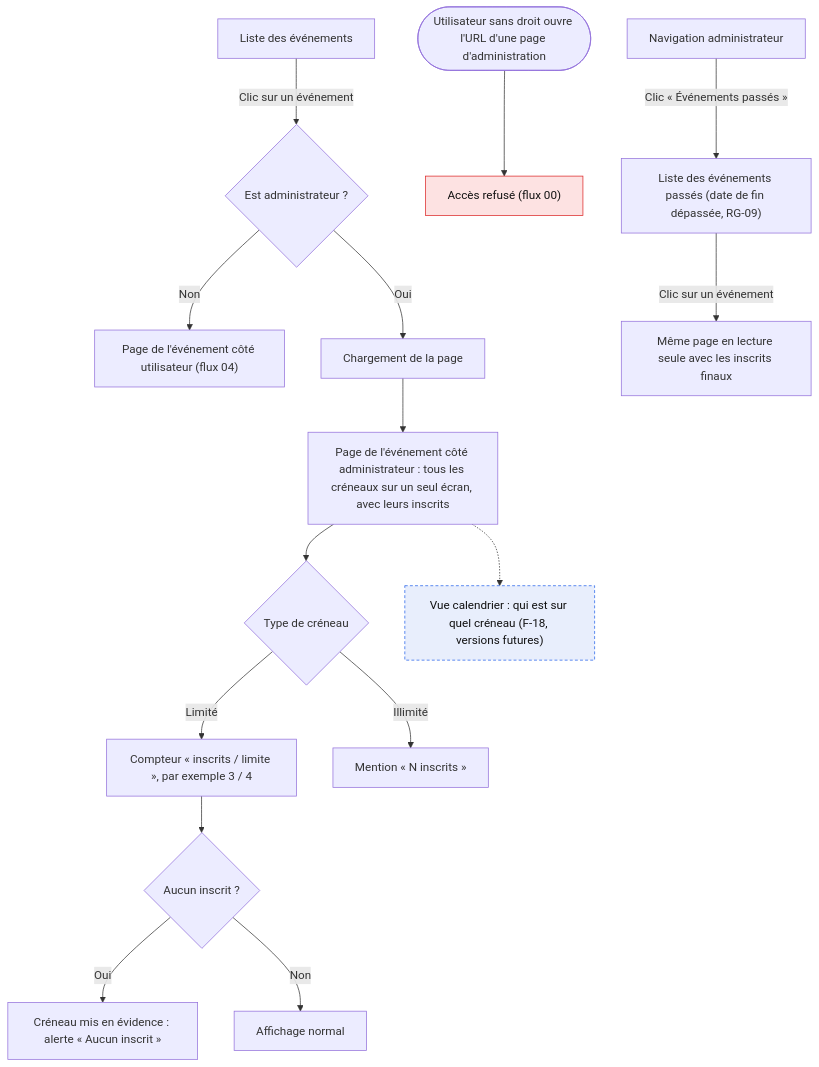
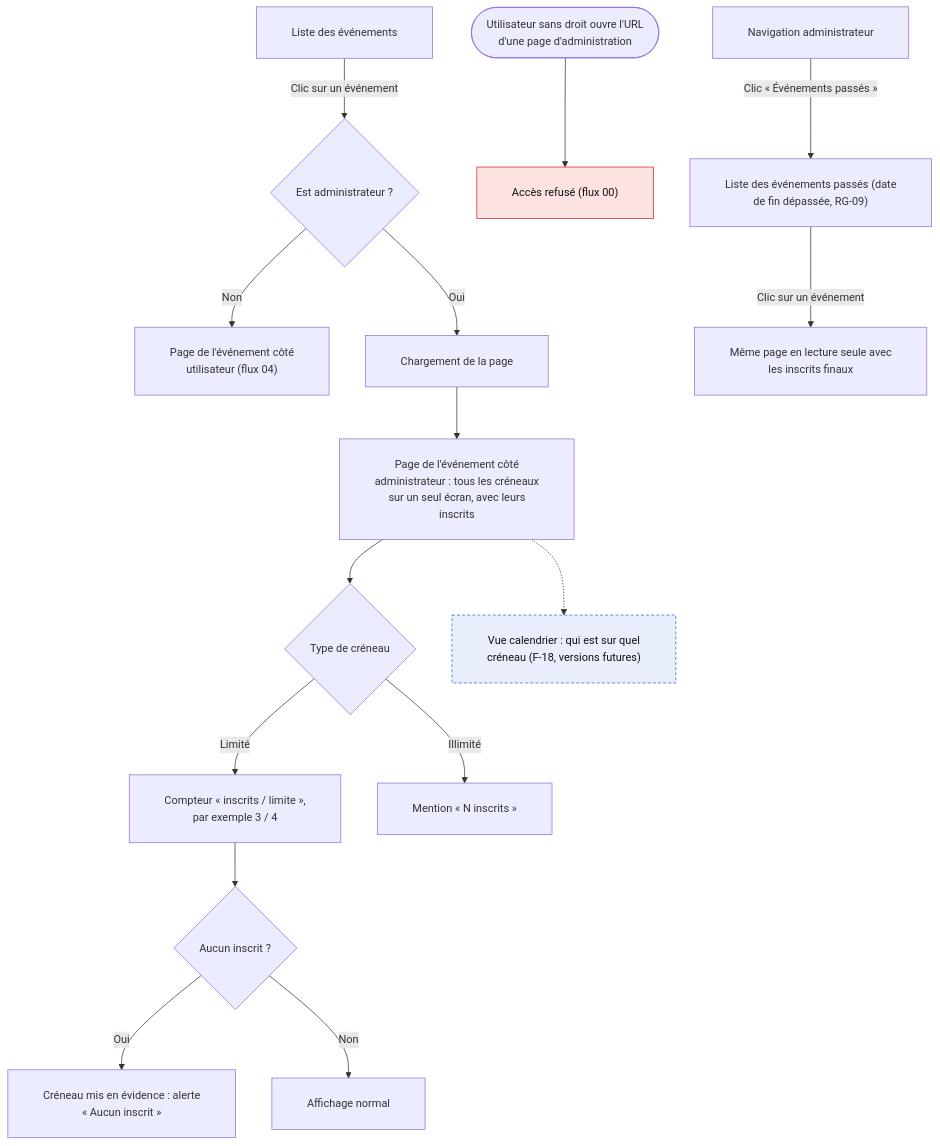
The diagram in docs/flows/06-admin-suivi-remplissage.mmd (nathanjouannon/Creno), drawn with Mermaid before and after one commit. The commit also changed 9 other files, not shown here.

```diff
--- a/docs/flows/06-admin-suivi-remplissage.mmd
+++ b/docs/flows/06-admin-suivi-remplissage.mmd
@@ -1,25 +1,26 @@
+%%{init: {"flowchart": {"htmlLabels": true, "wrappingWidth": 360, "padding": 24, "nodeSpacing": 50, "rankSpacing": 60, "curve": "basis"}, "themeVariables": {"fontSize": "15px"}}}%%
 %% Administrateur : suivi du remplissage et événements passés (F-09, F-03, RG-07, RG-09)
 %% La vue de remplissage est la page de l'événement côté administrateur (même écran). La vue calendrier (F-18) viendra plus tard.
 %% Légende : rectangle = écran, stade = action, losange = décision, rouge = erreur / refus, orange = à confirmer
 flowchart TD
     classDef error fill:#fde2e2,stroke:#dc2626,color:#111
     classDef future fill:#e8eefc,stroke:#2563eb,stroke-dasharray: 4 3,color:#111
 
-    L["Liste des événements"] -->|"Clic sur un événement"| W{"Est administrateur ?"}
-    W -->|"Non"| USR["Page de l'événement côté utilisateur (flux 04)"]
+    L["Liste des événements"] -->|"Clic sur un événement"| W{"Est administrateur ?"}
+    W -->|"Non"| USR["Page de l'événement côté<br/>utilisateur (flux 04)"]
     W -->|"Oui"| LOAD["Chargement de la page"]
-    LOAD --> VUE["Page de l'événement côté administrateur : tous les créneaux sur un seul écran, avec leurs inscrits"]
+    LOAD --> VUE["Page de l'événement côté<br/>administrateur : tous les créneaux<br/>sur un seul écran, avec leurs<br/>inscrits"]
 
     VUE --> T{"Type de créneau"}
-    T -->|"Limité"| T1["Compteur « inscrits / limite », par exemple 3 / 4"]
-    T -->|"Illimité"| T2["Mention « N inscrits »"]
-    T1 --> Z{"Aucun inscrit ?"}
-    Z -->|"Oui"| Z1["Créneau mis en évidence : alerte « Aucun inscrit »"]
+    T -->|"Limité"| T1["Compteur « inscrits / limite »,<br/>par exemple 3 / 4"]
+    T -->|"Illimité"| T2["Mention « N inscrits »"]
+    T1 --> Z{"Aucun inscrit ?"}
+    Z -->|"Oui"| Z1["Créneau mis en évidence : alerte<br/>« Aucun inscrit »"]
     Z -->|"Non"| Z2["Affichage normal"]
 
-    VUE -.-> CAL["Vue calendrier : qui est sur quel créneau (F-18, versions futures)"]:::future
+    VUE -.-> CAL["Vue calendrier : qui est sur quel<br/>créneau (F-18, versions futures)"]:::future
 
-    ACC(["Utilisateur sans droit ouvre l'URL d'une page d'administration"]) --> DENY["Accès refusé (flux 00)"]:::error
+    ACC(["Utilisateur sans droit ouvre l'URL<br/>d'une page d'administration"]) --> DENY["Accès refusé (flux 00)"]:::error
 
-    ADM["Navigation administrateur"] -->|"Clic « Événements passés »"| P1["Liste des événements passés (date de fin dépassée, RG-09)"]
-    P1 -->|"Clic sur un événement"| P2["Même page en lecture seule avec les inscrits finaux"]
+    ADM["Navigation administrateur"] -->|"Clic « Événements passés »"| P1["Liste des événements passés (date<br/>de fin dépassée, RG-09)"]
+    P1 -->|"Clic sur un événement"| P2["Même page en lecture seule avec<br/>les inscrits finaux"]
```
